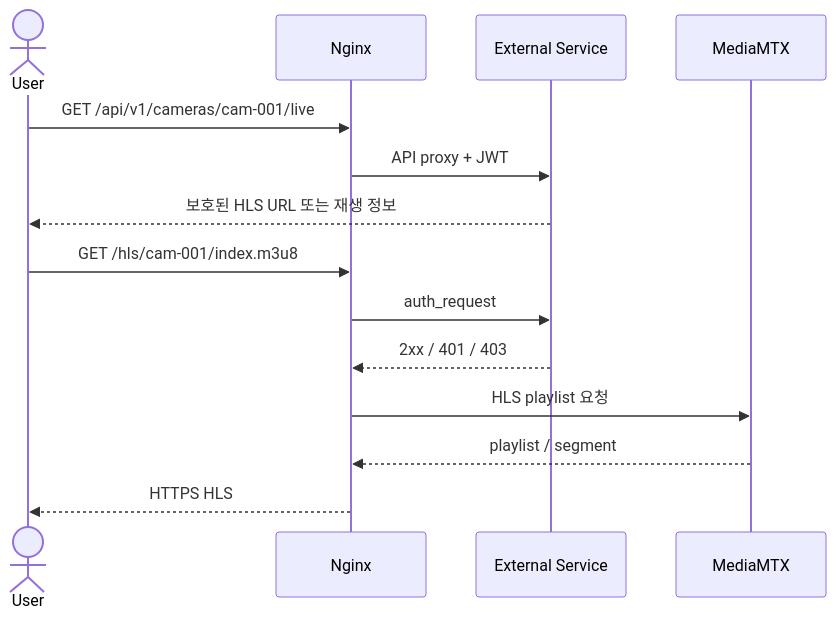
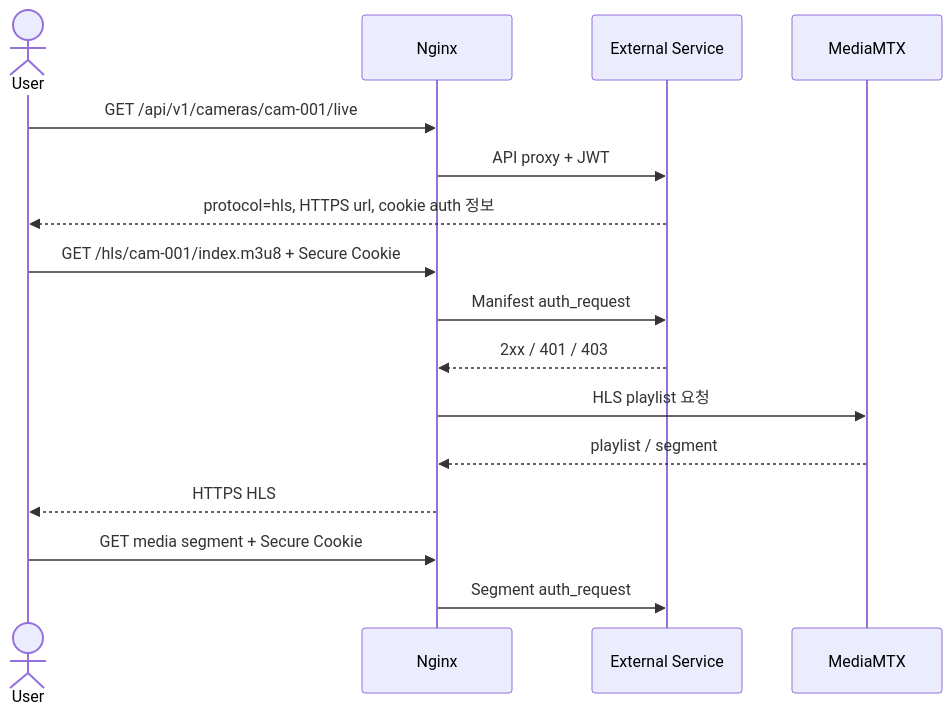
One commit to Eye-O-T/new_structure changed the seventh of 13 diagrams in ARCHITECTURE.md. Above: the diagram before and after it, drawn with Mermaid. The commit also changed other lines of this file and 77 other files, not shown here.

````diff
--- a/ARCHITECTURE.md
+++ b/ARCHITECTURE.md
@@ -479,17 +547,19 @@
 ```mermaid
 sequenceDiagram
     actor U as User
     participant N as Nginx
     participant X as External Service
     participant M as MediaMTX
 
     U->>N: GET /api/v1/cameras/cam-001/live
     N->>X: API proxy + JWT
-    X-->>U: 보호된 HLS URL 또는 재생 정보
-    U->>N: GET /hls/cam-001/index.m3u8
-    N->>X: auth_request
+    X-->>U: protocol=hls, HTTPS url, cookie auth 정보
+    U->>N: GET /hls/cam-001/index.m3u8 + Secure Cookie
+    N->>X: Manifest auth_request
     X-->>N: 2xx / 401 / 403
     N->>M: HLS playlist 요청
     M-->>N: playlist / segment
     N-->>U: HTTPS HLS
+    U->>N: GET media segment + Secure Cookie
+    N->>X: Segment auth_request
 ```
````
